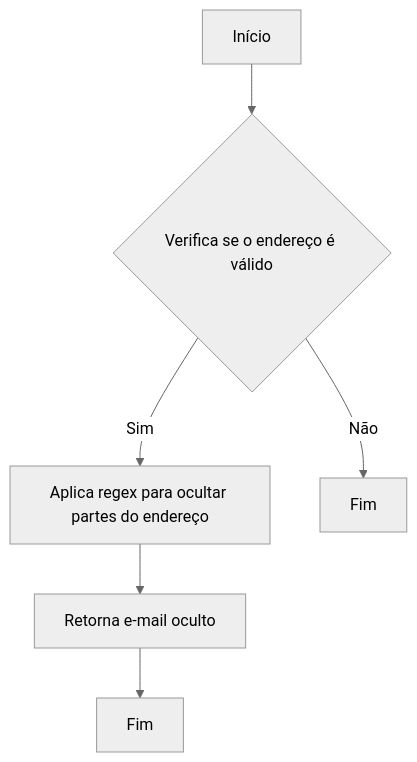
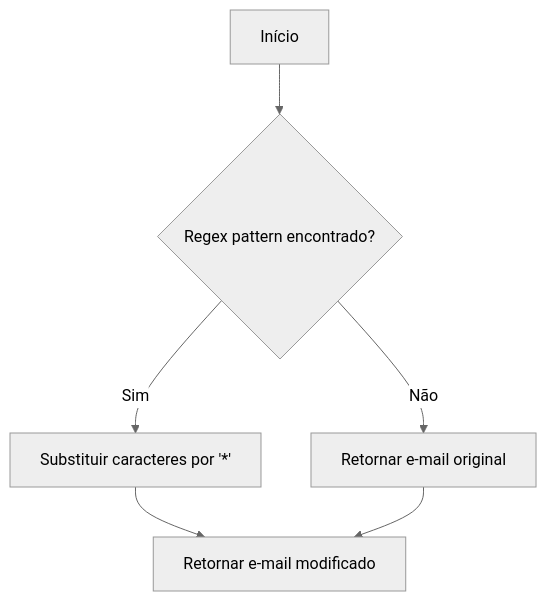
One commit to IsthmusSistemas/documentacao-tecnica changed the first of 2 diagrams in docs/b2b-dominio/IsthmusWinthor.Nucleo/IsthmusWinthor.Dominio/POCO/Shared/Email.md. Above: the diagram before and after it, drawn with Mermaid (neutral theme). The commit also changed other lines of this file and 882 other files, not shown here.

````diff
--- a/docs/b2b-dominio/IsthmusWinthor.Nucleo/IsthmusWinthor.Dominio/POCO/Shared/Email.md
+++ b/docs/b2b-dominio/IsthmusWinthor.Nucleo/IsthmusWinthor.Dominio/POCO/Shared/Email.md
@@ -18,8 +18,8 @@
 ```mermaid
 flowchart TD
-    A[Início] --> B{Verifica se o endereço é válido}
-    B -->|Sim| C[Aplica regex para ocultar partes do endereço]
-    B -->|Não| D[Fim]
-    C --> E[Retorna e-mail oculto]
-    E --> F[Fim]
+    A[Início] --> B{Regex pattern encontrado?}
+    B -- Sim --> C[Substituir caracteres por '*']
+    B -- Não --> D[Retornar e-mail original]
+    C --> E[Retornar e-mail modificado]
+    D --> E
 ```
````
